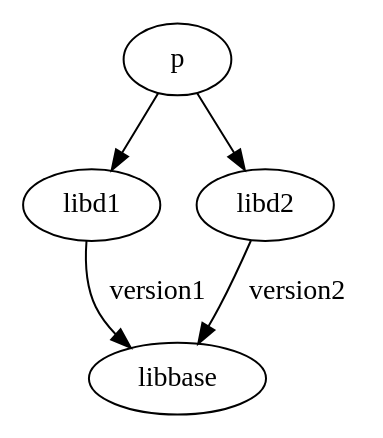
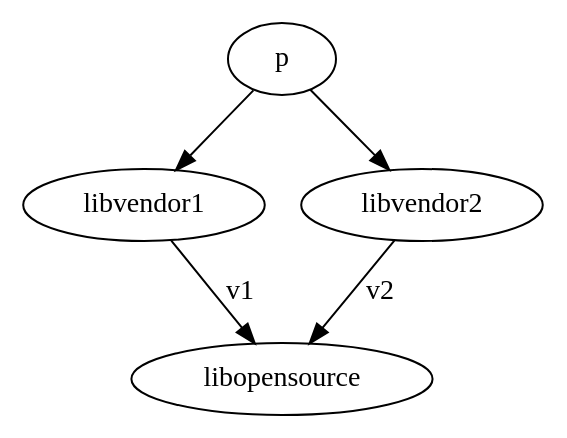
One commit to lzueclipse/learning changed the diagram in c_cpp/0004/diamond.dot. Above: the diagram before and after it, drawn with Graphviz. The commit also changed 2 other files, not shown here.

Commit message:
Shared libarary, load same lib 2 times, with same version & different version

```diff
--- a/c_cpp/0004/diamond.dot
+++ b/c_cpp/0004/diamond.dot
@@ -1,5 +1,5 @@
 digraph {
-	p -> {libd1 libd2};
-	libd1 -> libbase[label="version1"];
-	libd2 -> libbase[label="version2"];
+	p -> {libvendor1 libvendor2};
+	libvendor1 -> libopensource[label="v1"];
+	libvendor2 -> libopensource[label="v2"];
 }
```
